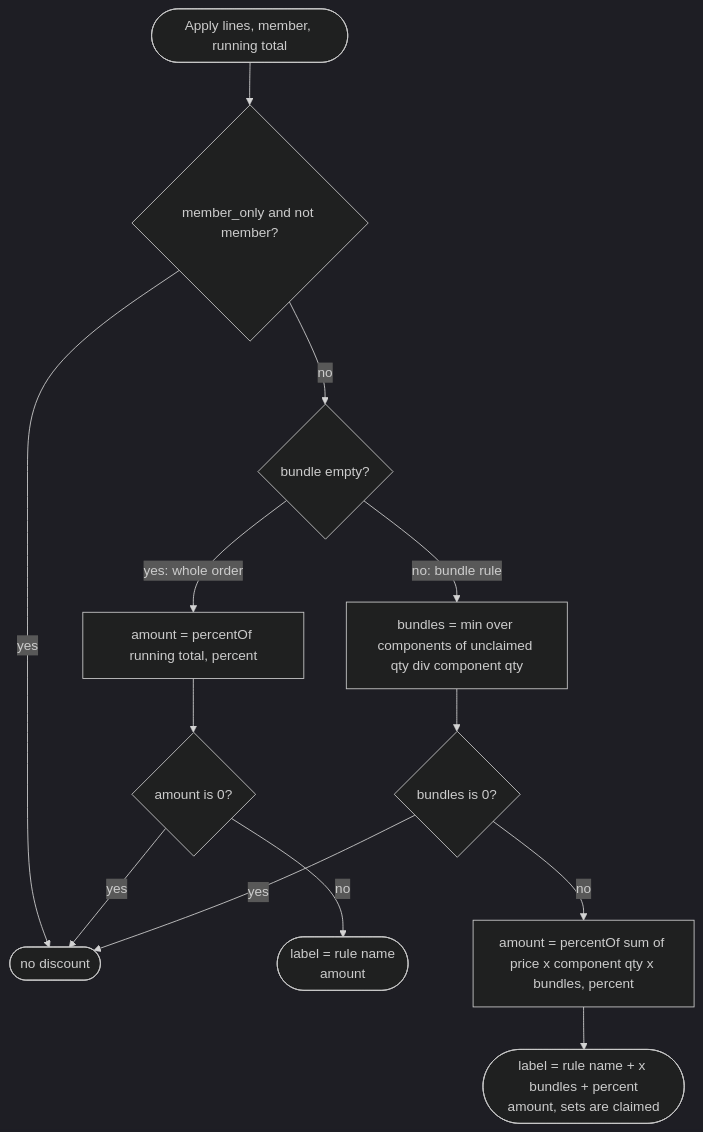
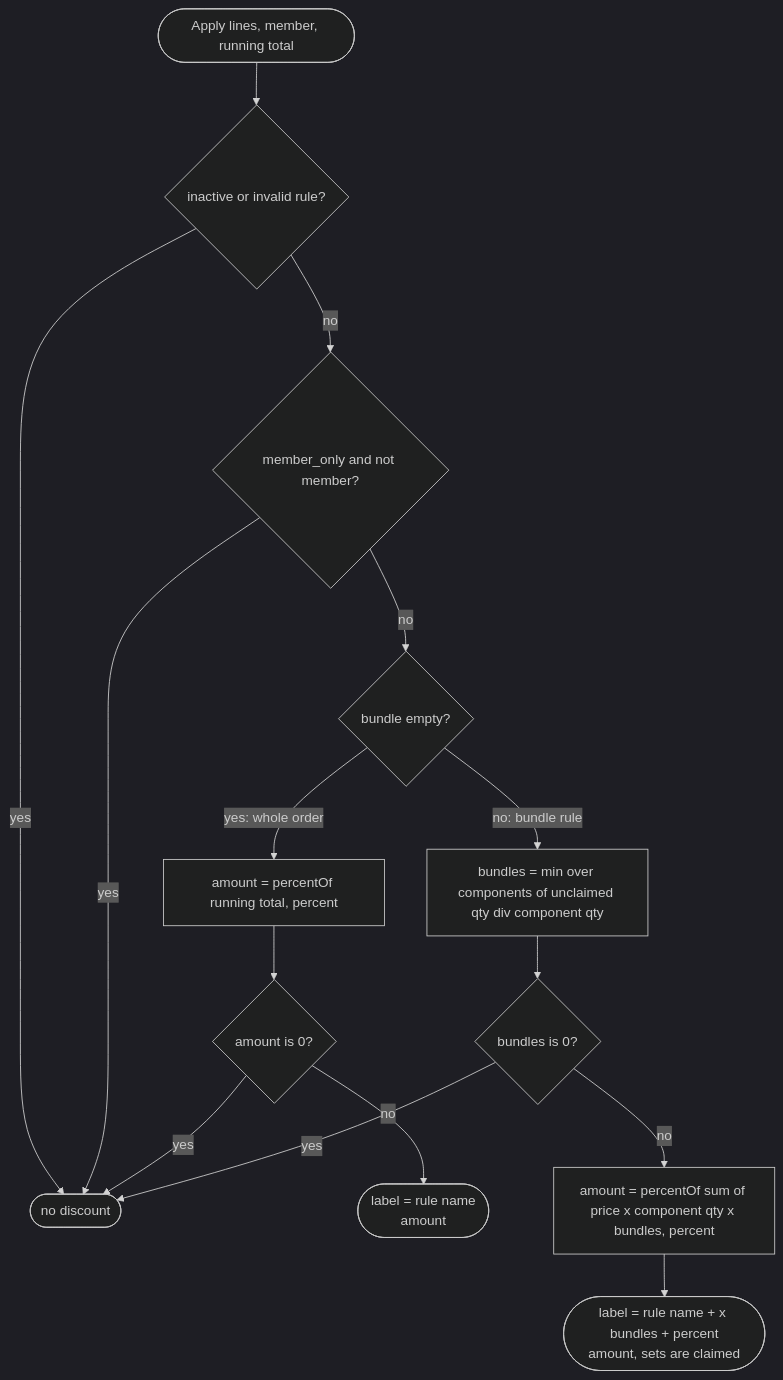
One commit to Gravizz/freshket changed the seventh of 10 diagrams in docs/ARCHITECTURE.md. Above: the diagram before and after it, drawn with Mermaid (dark theme). The commit also changed other lines of this file and 3 other files, not shown here.

First line of the commit message:
docs: align SPEC, ARCHITECTURE and AGENTS with the code

````diff
--- a/docs/ARCHITECTURE.md
+++ b/docs/ARCHITECTURE.md
@@ -232,17 +241,19 @@
 ```mermaid
 flowchart TD
-    S(["Apply lines, member, running total"]) --> M{"member_only and not member?"}
-    M -- yes --> No(["no discount"])
+    S(["Apply lines, member, running total"]) --> A{"inactive or invalid rule?"}
+    A -- yes --> No(["no discount"])
+    A -- no --> M{"member_only and not member?"}
+    M -- yes --> No
     M -- no --> K{"bundle empty?"}
 
     K -- "yes: whole order" --> W["amount = percentOf running total, percent"]
     W --> W0{"amount is 0?"}
     W0 -- yes --> No
     W0 -- no --> WL(["label = rule name<br/>amount"])
 
     K -- "no: bundle rule" --> G["bundles = min over components of unclaimed qty div component qty"]
     G --> G0{"bundles is 0?"}
     G0 -- yes --> No
     G0 -- no --> IA["amount = percentOf sum of price x component qty x bundles, percent"]
     IA --> IL(["label = rule name + x bundles + percent<br/>amount, sets are claimed"])
 ```
````
